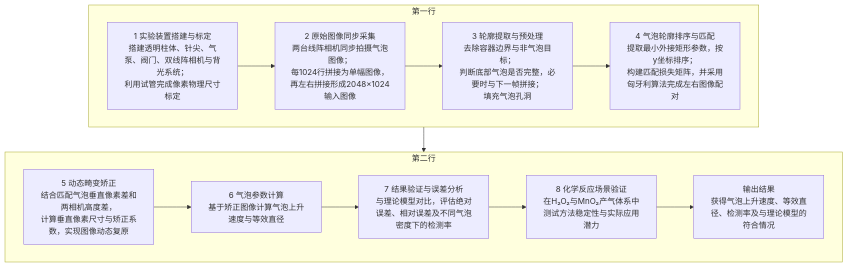
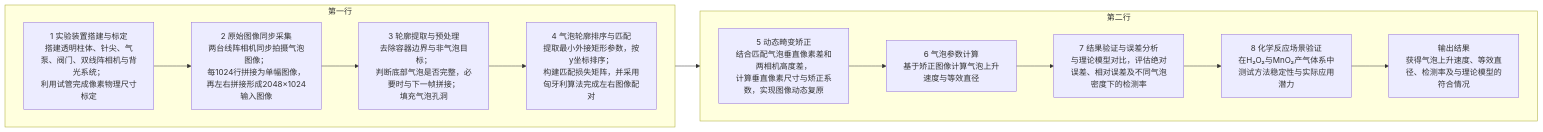
Before and after one commit to dw5201017/iodraw-files: the diagram in all/未命名.md, drawn with Mermaid.

Commit message:
2026-03-27 15:10:39 update

````diff
--- a/all/未命名.md
+++ b/all/未命名.md
@@ -1,24 +1,24 @@
 ```mermaid
-flowchart TB
+flowchart LR
 
     subgraph 第一行
         direction LR
         A[1 实验装置搭建与标定<br/>搭建透明柱体、针尖、气泵、阀门、双线阵相机与背光系统；<br/>利用试管完成像素物理尺寸标定]
         B[2 原始图像同步采集<br/>两台线阵相机同步拍摄气泡图像；<br/>每1024行拼接为单幅图像，再左右拼接形成2048×1024输入图像]
         C[3 轮廓提取与预处理<br/>去除容器边界与非气泡目标；<br/>判断底部气泡是否完整，必要时与下一帧拼接；<br/>填充气泡孔洞]
         D[4 气泡轮廓排序与匹配<br/>提取最小外接矩形参数，按y坐标排序；<br/>构建匹配损失矩阵，并采用匈牙利算法完成左右图像配对]
         A --> B --> C --> D
     end
 
     subgraph 第二行
         direction LR
         E[5 动态畸变矫正<br/>结合匹配气泡垂直像素差和两相机高度差，<br/>计算垂直像素尺寸与矫正系数，实现图像动态复原]
         F[6 气泡参数计算<br/>基于矫正图像计算气泡上升速度与等效直径]
         G[7 结果验证与误差分析<br/>与理论模型对比，评估绝对误差、相对误差及不同气泡密度下的检测率]
         H[8 化学反应场景验证<br/>在H₂O₂与MnO₂产气体系中测试方法稳定性与实际应用潜力]
         I[输出结果<br/>获得气泡上升速度、等效直径、检测率及与理论模型的符合情况]
         E --> F --> G --> H --> I
     end
 
     D --> E
 ```
````
